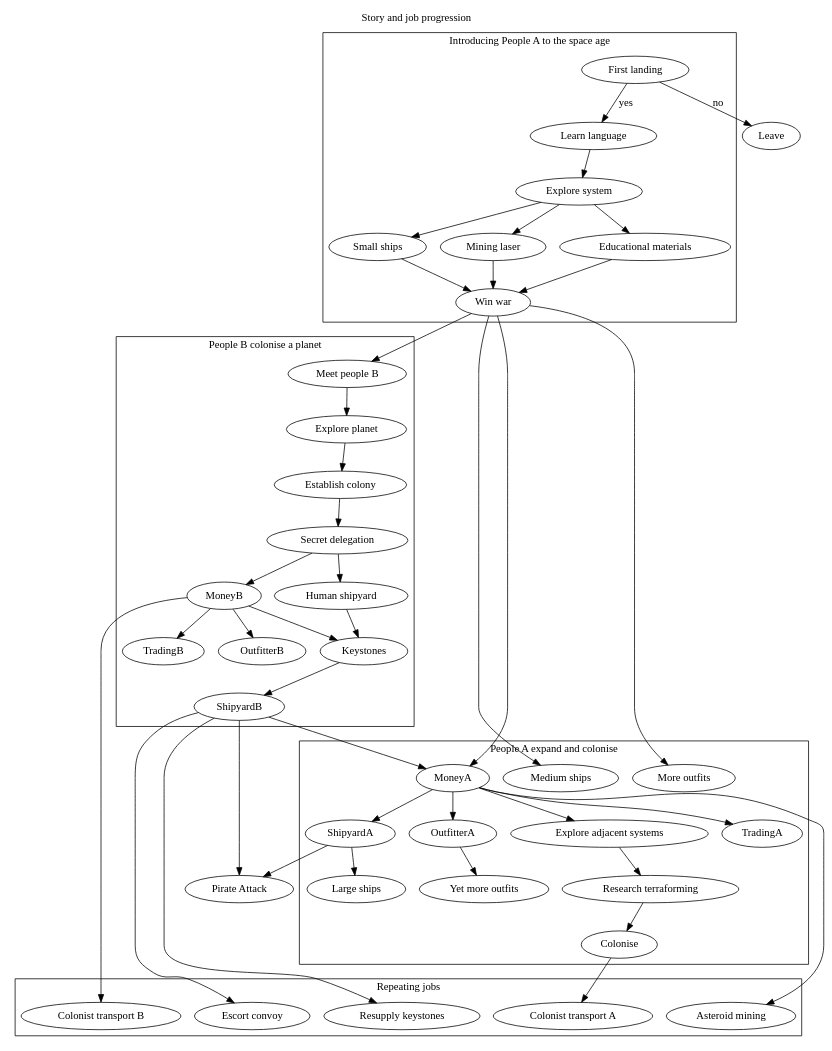
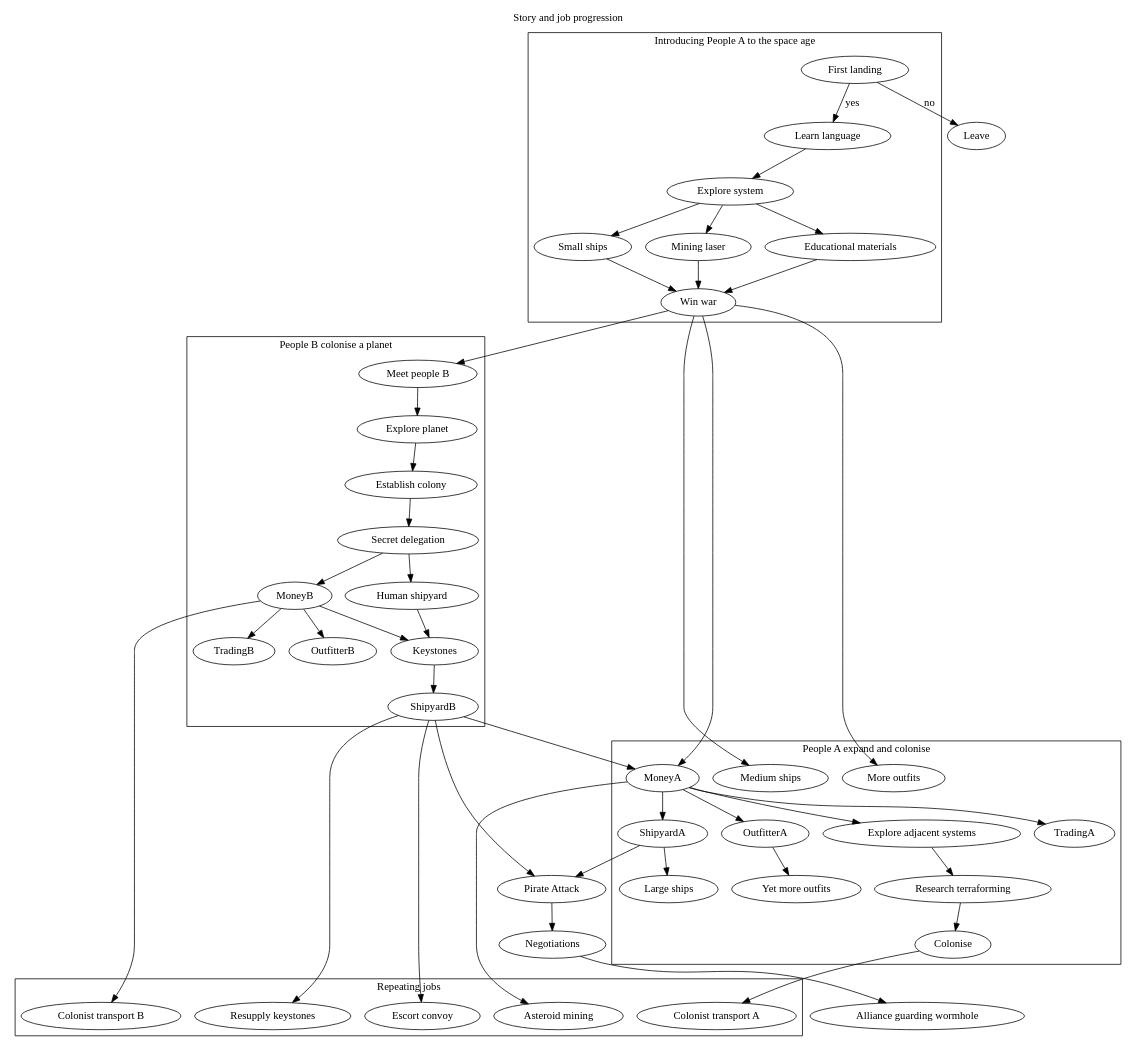
Before and after one commit to dennistribe/es-low-tech-worlds: the diagram in planning/story.dot, drawn with Graphviz. The commit also changed 1 other file, not shown here.

Commit message:
Update story.dot and story.dot.pdf to include pirate attack storyline

```diff
--- a/planning/story.dot
+++ b/planning/story.dot
@@ -1,50 +1,50 @@
 // Outline of story
 
 digraph {
 	label = "Story and job progression"
 	labelloc = "t"
 	
 	// Story
 	"First landing" -> Leave [label = "no"]
 	"First landing" -> "Learn language" [label = "yes"]
 	"Learn language" -> "Explore system"
 	"Explore system" -> {"Small ships","Mining laser","Educational materials"} -> "Win war"
 	
 	"Win war" -> "Meet people B" -> "Explore planet" -> "Establish colony" -> "Secret delegation" -> {MoneyB,"Human shipyard"} -> Keystones -> ShipyardB
 	MoneyB -> {TradingB,OutfitterB}
 	MoneyB -> {"Colonist transport B"}
 	ShipyardB -> {"Escort convoy", "Resupply keystones"}
 	
 	
 	"Win war" -> {"Medium ships","More outfits"}
 	{ShipyardB,"Win war"} -> MoneyA -> {ShipyardA,TradingA,OutfitterA}
 	MoneyA -> "Explore adjacent systems" -> "Research terraforming" -> "Colonise"
 	ShipyardA -> "Large ships"
 	OutfitterA -> "Yet more outfits"
 	MoneyA -> "Asteroid mining"
 	"Colonise" -> "Colonist transport A"
 	
-	{ShipyardB,ShipyardA} -> "Pirate Attack"
+	{ShipyardB,ShipyardA} -> "Pirate Attack" -> "Negotiations" -> "Alliance guarding wormhole"
 	
 	// Organise
 	subgraph cluster1 {
 		label = "Introducing People A to the space age"
 		"First landing"; "Learn language"; "Explore system"; "Small ships";"Mining laser";"Educational materials";"Win war"
 	}
 	
 	subgraph cluster2 {
 		label = "People B colonise a planet"
 		"Meet people B" ; "Explore planet"; "Establish colony"; "Secret delegation"; MoneyB;"Human shipyard"; ShipyardB; TradingB; OutfitterB; Keystones
 	}
 	
 	subgraph cluster3 {
 		label = "People A expand and colonise"
 		"Medium ships"; "More outfits";MoneyA;ShipyardA; TradingA; OutfitterA; "Explore adjacent systems"; "Research terraforming"; "Colonise"; "Large ships"; "Yet more outfits"		
 	}
 	
 	subgraph clusterJobs {
 		label = "Repeating jobs"
 		"Colonist transport B"; "Colonist transport A"; "Asteroid mining"; "Escort convoy"; "Resupply keystones"
 	}
 	
 	}
```
